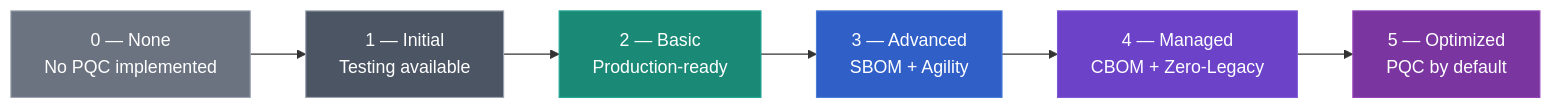
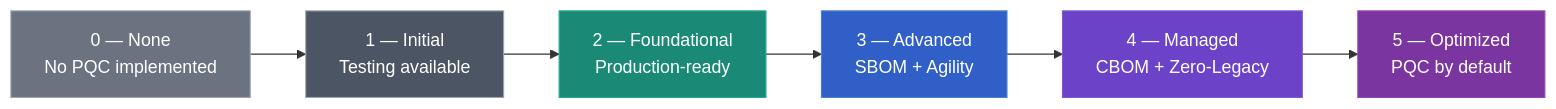
One commit to pkic/pkic.org changed the first of 2 diagrams in content/wg/pqc/pqcmm/levels/_index.md. Above: the diagram before and after it, drawn with Mermaid. The commit also changed other lines of this file and 15 other files, not shown here.

First line of the commit message:
PQCMM announcement blog post and rename Level 2 from "Basic" to "Foundational" to align with PKIMM

````diff
--- a/content/wg/pqc/pqcmm/levels/_index.md
+++ b/content/wg/pqc/pqcmm/levels/_index.md
@@ -62,24 +62,24 @@
 ```mermaid
 flowchart LR
     classDef l0 fill:#6b7280,stroke:#9ca3af,color:#fff
     classDef l1 fill:#4b5563,stroke:#9ca3af,color:#fff
     classDef l2 fill:#1a8a77,stroke:#22a896,color:#fff
     classDef l3 fill:#2f5fc7,stroke:#4a7fd4,color:#fff
     classDef l4 fill:#6b42c8,stroke:#7f58d4,color:#fff
     classDef l5 fill:#7b35a0,stroke:#9645b8,color:#fff
 
     L0["0 — None
 No PQC implemented"]:::l0
     L1["1 — Initial
 Testing available"]:::l1
-    L2["2 — Basic
+    L2["2 — Foundational
 Production-ready"]:::l2
     L3["3 — Advanced
 SBOM + Agility"]:::l3
     L4["4 — Managed
 CBOM + Zero-Legacy"]:::l4
     L5["5 — Optimized
 PQC by default"]:::l5
 
     L0 --> L1 --> L2 --> L3 --> L4 --> L5
 ```
````
